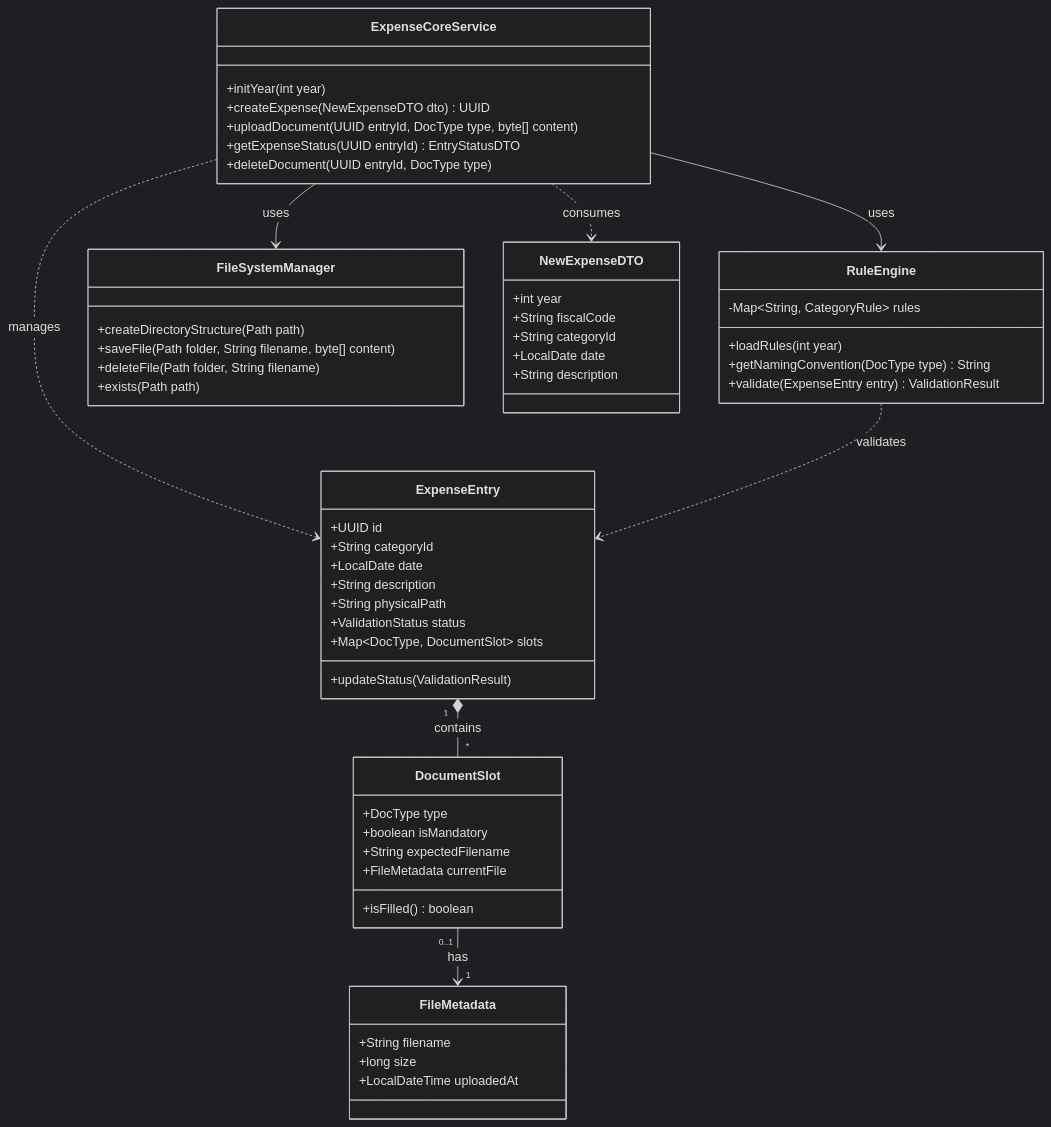
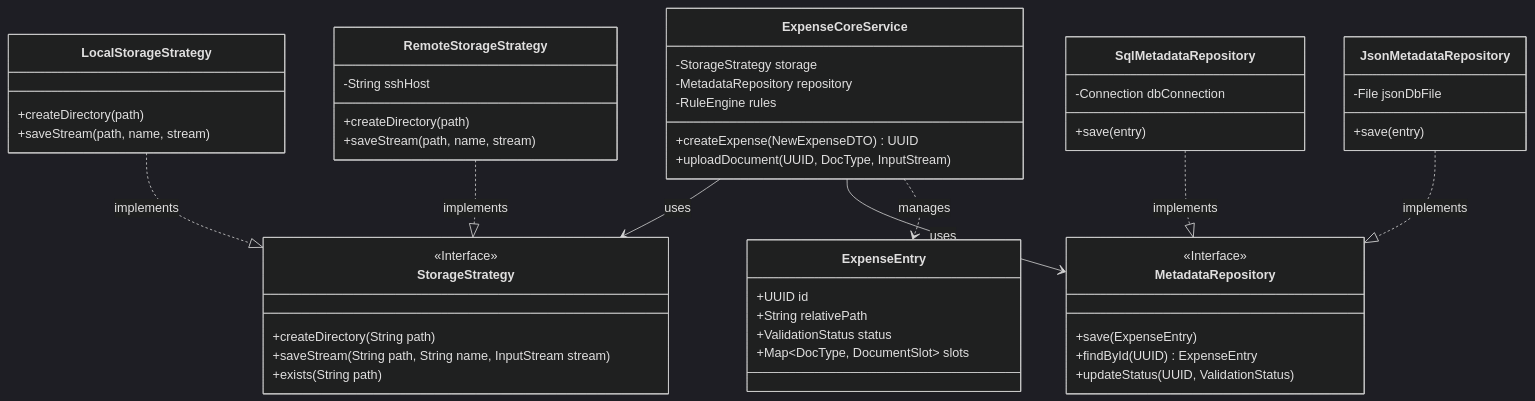
Before and after one commit to simopugliese/TaxReport: the diagram in TaxReport/src/main/java/ClassDiagram.mmd, drawn with Mermaid (dark theme). The commit also changed 3 other files, not shown here.

```diff
--- a/TaxReport/src/main/java/ClassDiagram.mmd
+++ b/TaxReport/src/main/java/ClassDiagram.mmd
@@ -1,71 +1,68 @@
 classDiagram
     direction TB
 
-%% --- SERVICES LAYER ---
+%% --- CORE BUSINESS LOGIC ---
     class ExpenseCoreService {
-        +initYear(int year)
-        +createExpense(NewExpenseDTO dto) UUID
-        +uploadDocument(UUID entryId, DocType type, byte[] content)
-        +getExpenseStatus(UUID entryId) EntryStatusDTO
-        +deleteDocument(UUID entryId, DocType type)
+        -StorageStrategy storage
+        -MetadataRepository repository
+        -RuleEngine rules
+        +createExpense(NewExpenseDTO) UUID
+        +uploadDocument(UUID, DocType, InputStream)
     }
 
-    class RuleEngine {
-        -Map~String, CategoryRule~ rules
-        +loadRules(int year)
-        +getNamingConvention(DocType type) String
-        +validate(ExpenseEntry entry) ValidationResult
+%% --- ABSTRACTIONS (INTERFACES) ---
+    class StorageStrategy {
+        <<Interface>>
+        +createDirectory(String path)
+        +saveStream(String path, String name, InputStream stream)
+        +exists(String path)
     }
 
-    class FileSystemManager {
-        +createDirectoryStructure(Path path)
-        +saveFile(Path folder, String filename, byte[] content)
-        +deleteFile(Path folder, String filename)
-        +exists(Path path)
+    class MetadataRepository {
+        <<Interface>>
+        +save(ExpenseEntry)
+        +findById(UUID) ExpenseEntry
+        +updateStatus(UUID, ValidationStatus)
     }
 
-%% --- DOMAIN LAYER ---
+%% --- CONCRETE IMPLEMENTATIONS (PLUGINS) ---
+    class LocalStorageStrategy {
+        +createDirectory(path)
+        +saveStream(path, name, stream)
+    }
+
+    class RemoteStorageStrategy {
+        -String sshHost
+        +createDirectory(path)
+        +saveStream(path, name, stream)
+    }
+
+    class SqlMetadataRepository {
+        -Connection dbConnection
+        +save(entry)
+    }
+
+    class JsonMetadataRepository {
+        -File jsonDbFile
+        +save(entry)
+    }
+
+%% --- DOMAIN ENTITIES ---
     class ExpenseEntry {
         +UUID id
-        +String categoryId
-        +LocalDate date
-        +String description
-        +String physicalPath
+        +String relativePath
         +ValidationStatus status
         +Map~DocType, DocumentSlot~ slots
-        +updateStatus(ValidationResult)
-    }
-
-    class DocumentSlot {
-        +DocType type
-        +boolean isMandatory
-        +String expectedFilename
-        +FileMetadata currentFile
-        +isFilled() boolean
-    }
-
-    class FileMetadata {
-        +String filename
-        +long size
-        +LocalDateTime uploadedAt
-    }
-
-%% --- DATA TRANSFER OBJECTS ---
-    class NewExpenseDTO {
-        +int year
-        +String fiscalCode
-        +String categoryId
-        +LocalDate date
-        +String description
     }
 
 %% --- RELATIONSHIPS ---
-    ExpenseCoreService --> RuleEngine : uses
-    ExpenseCoreService --> FileSystemManager : uses
+    ExpenseCoreService --> StorageStrategy : uses
+    ExpenseCoreService --> MetadataRepository : uses
+
+    LocalStorageStrategy ..|> StorageStrategy : implements
+    RemoteStorageStrategy ..|> StorageStrategy : implements
+
+    SqlMetadataRepository ..|> MetadataRepository : implements
+    JsonMetadataRepository ..|> MetadataRepository : implements
+
     ExpenseCoreService ..> ExpenseEntry : manages
-    ExpenseCoreService ..> NewExpenseDTO : consumes
-
-    ExpenseEntry "1" *-- "*" DocumentSlot : contains
-    DocumentSlot "0..1" --> "1" FileMetadata : has
-
-    RuleEngine ..> ExpenseEntry : validates
```
